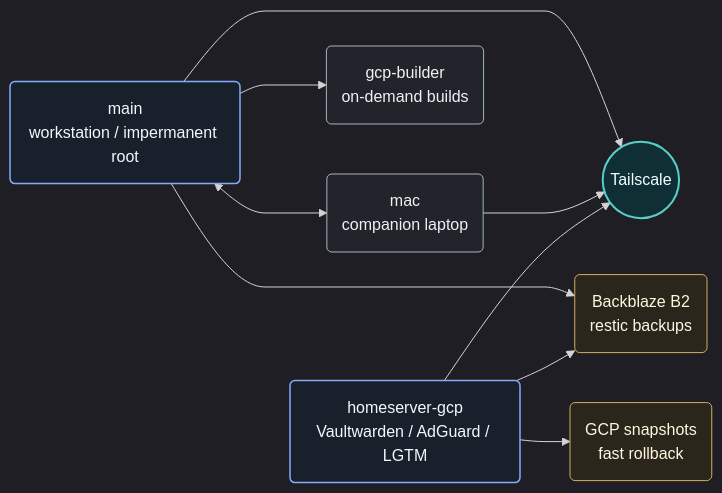
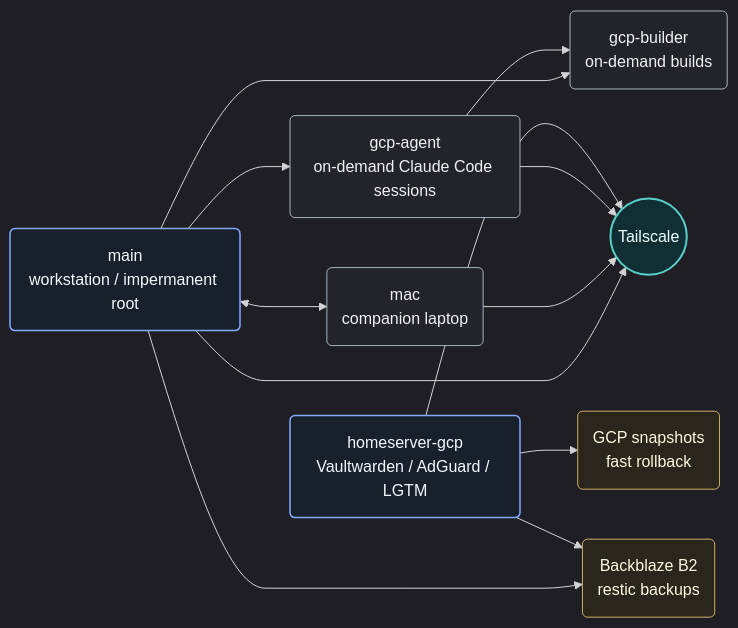
One commit to FilipNowakowicz/nixos-config changed the diagram in README.md. Above: the diagram before and after it, drawn with Mermaid. The commit also changed other lines of this file and 20 other files, not shown here.

First line of the commit message:
feat(gcp-agent): provision host (#167) (#172)

````diff
--- a/README.md
+++ b/README.md
@@ -74,29 +74,33 @@
 ```mermaid
 %%{init: {"flowchart": {"curve": "monotoneX"}, "theme": "dark"}}%%
 flowchart LR
   main("main<br/>workstation / impermanent root")
   mac("mac<br/>companion laptop")
   builder("gcp-builder<br/>on-demand builds")
+  agent("gcp-agent<br/>on-demand Claude Code sessions")
   homeserver("homeserver-gcp<br/>Vaultwarden / AdGuard / LGTM")
   tailnet(("Tailscale"))
   b2("Backblaze B2<br/>restic backups")
   snapshots("GCP snapshots<br/>fast rollback")
 
   main <--> mac
   main --> builder
+  main --> agent
+  agent --> builder
   main --> tailnet
   mac --> tailnet
+  agent --> tailnet
   homeserver --> tailnet
   main --> b2
   homeserver --> b2
   homeserver --> snapshots
 
   classDef primary fill:#18212b,stroke:#82aaff,color:#f4f7fb,stroke-width:1.5px
   classDef secondary fill:#21252b,stroke:#aab4be,color:#eef1f4
   classDef storage fill:#2a261b,stroke:#d2ae63,color:#fff7df
   classDef network fill:#102f35,stroke:#58d0c9,color:#f0ffff,stroke-width:2px
   class main,homeserver primary
-  class mac,builder secondary
+  class mac,builder,agent secondary
   class b2,snapshots storage
   class tailnet network
 ```
````
